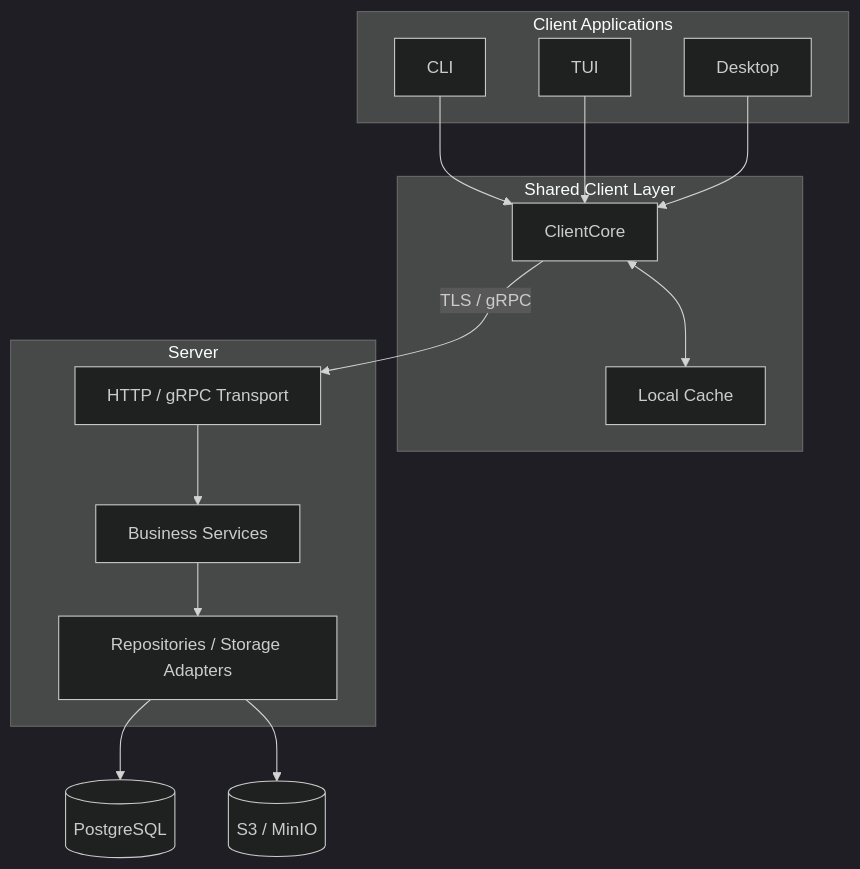
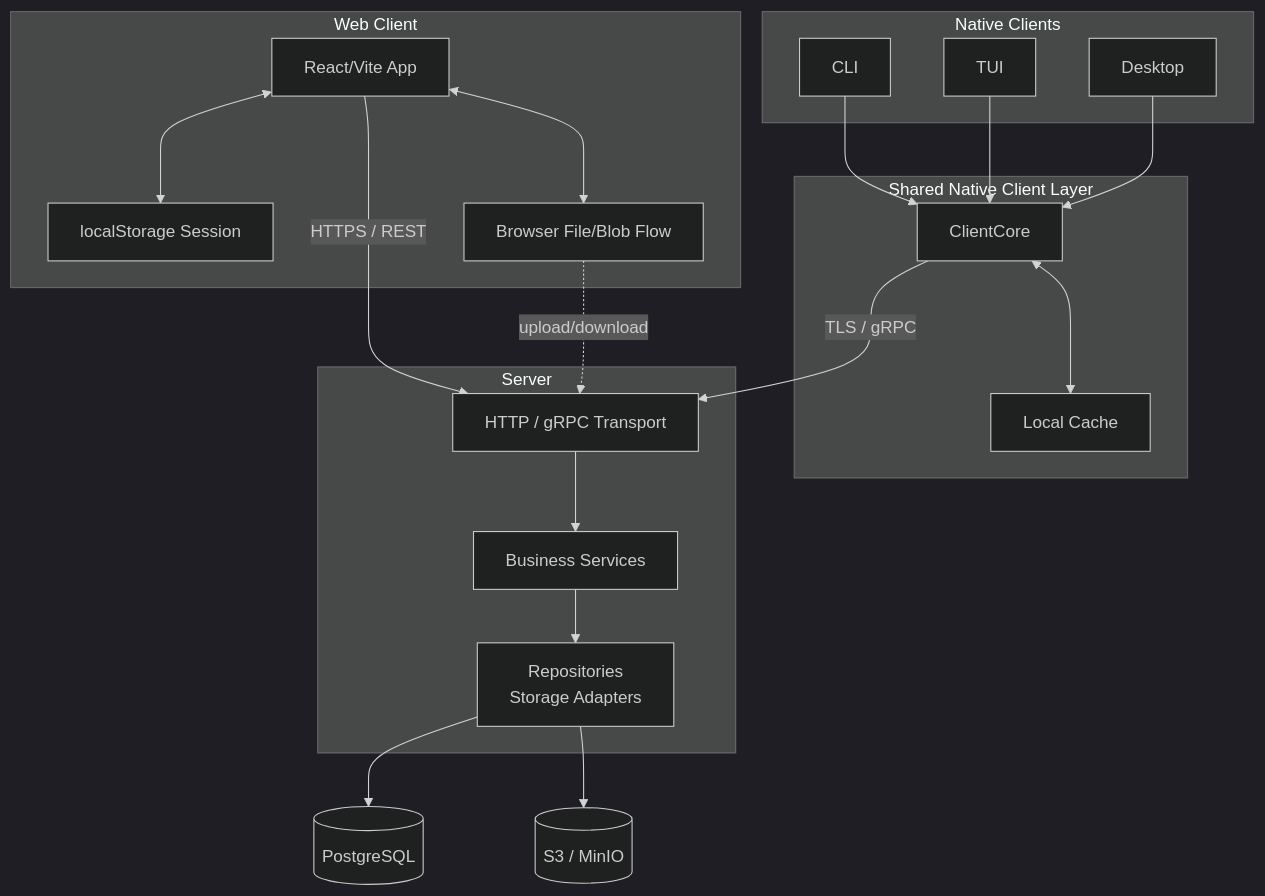
The second of 5 diagrams in .memory-bank/schemas-high.md (hydra13/gophkeeper), drawn with Mermaid (dark theme) before and after one commit. The commit also changed other lines of this file and 84 other files, not shown here.

````diff
--- a/.memory-bank/schemas-high.md
+++ b/.memory-bank/schemas-high.md
@@ -39,34 +46,44 @@
 ```mermaid
 flowchart TB
-    subgraph ClientApps["Client Applications"]
+    subgraph NativeApps["Native Clients"]
         CLI["CLI"]
         TUI["TUI"]
         Desktop["Desktop"]
     end
 
-    subgraph ClientShared["Shared Client Layer"]
+    subgraph NativeShared["Shared Native Client Layer"]
         Core["ClientCore"]
         Cache["Local Cache"]
+    end
+
+    subgraph WebApp["Web Client"]
+        Web["React/Vite App"]
+        WebSession["localStorage Session"]
+        BrowserIO["Browser File/Blob Flow"]
     end
 
     subgraph ServerApp["Server"]
         API["HTTP / gRPC Transport"]
         Services["Business Services"]
-        Repos["Repositories / Storage Adapters"]
+        Repos["Repositories<br />Storage Adapters"]
     end
 
     DB[("PostgreSQL")]
     S3[("S3 / MinIO")]
 
     CLI --> Core
     TUI --> Core
     Desktop --> Core
 
     Core <--> Cache
     Core -->|"TLS / gRPC"| API
+    Web <--> WebSession
+    Web -->|"HTTPS / REST"| API
+    Web <--> BrowserIO
 
     API --> Services
     Services --> Repos
     Repos --> DB
     Repos --> S3
+    BrowserIO -. upload/download .-> API
 ```
````
